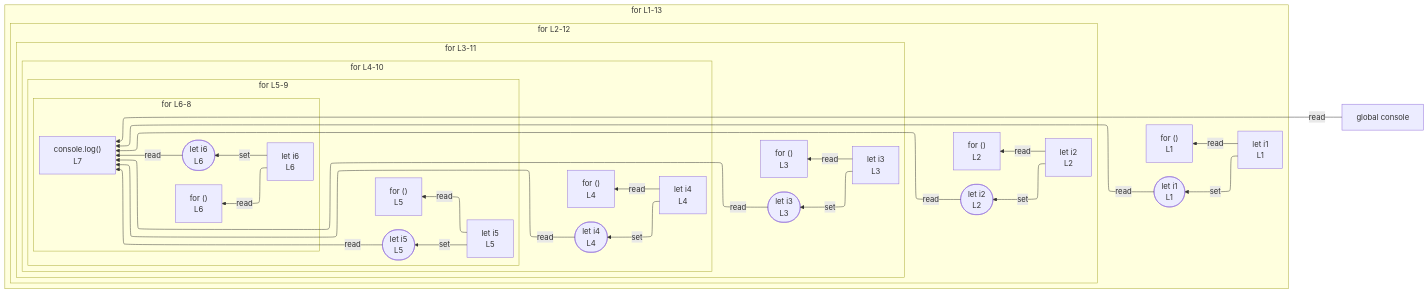
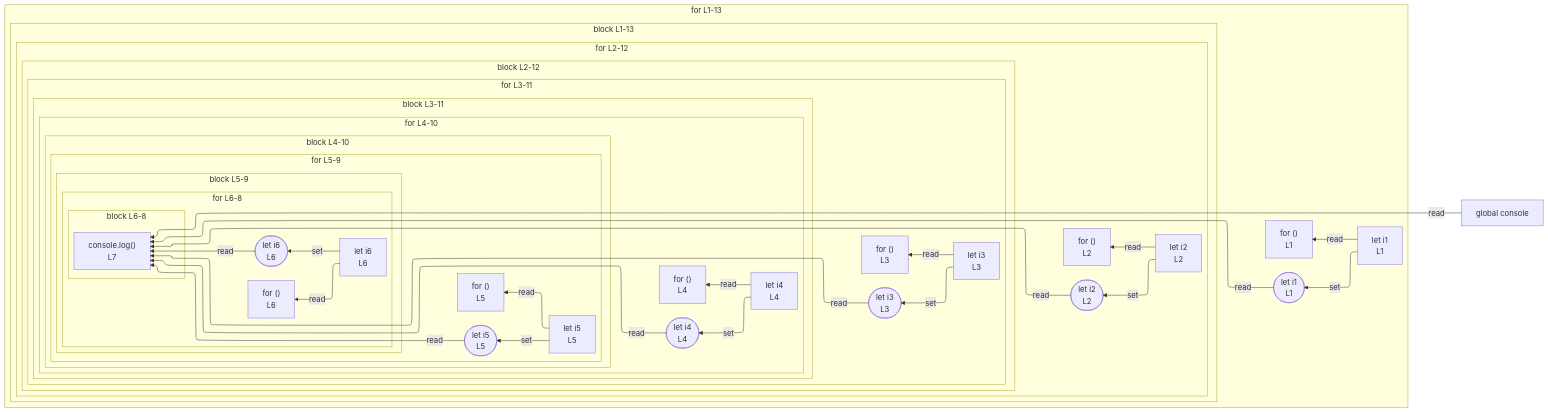
Before and after one commit to crescware/unsnarl: the diagram in integration/fixtures/app-behavior/depth/for/depth-10/preview.md, drawn with Mermaid. The commit also changed 106 other files, not shown here.

````diff
--- a/integration/fixtures/app-behavior/depth/for/depth-10/preview.md
+++ b/integration/fixtures/app-behavior/depth/for/depth-10/preview.md
@@ -23,61 +23,79 @@
 ```mermaid
 %%{init: {"flowchart": {"defaultRenderer": "elk"}}}%%
 flowchart RL
   n_scope_0_console_240["global console"]
   subgraph s_scope_1["for L1-13"]
     direction RL
     for_test_scope_0_0["for ()<br/>L1"]
     n_scope_1_i1_9["let i1<br/>L1"]
     wr_ref_2(["let i1<br/>L1"])
-    subgraph s_scope_3["for L2-12"]
+    subgraph s_scope_2["block L1-13"]
       direction RL
-      for_test_scope_2_35["for ()<br/>L2"]
-      n_scope_3_i2_44["let i2<br/>L2"]
-      wr_ref_5(["let i2<br/>L2"])
-      subgraph s_scope_5["for L3-11"]
+      subgraph s_scope_3["for L2-12"]
         direction RL
-        for_test_scope_4_72["for ()<br/>L3"]
-        n_scope_5_i3_81["let i3<br/>L3"]
-        wr_ref_8(["let i3<br/>L3"])
-        subgraph s_scope_7["for L4-10"]
+        for_test_scope_2_35["for ()<br/>L2"]
+        n_scope_3_i2_44["let i2<br/>L2"]
+        wr_ref_5(["let i2<br/>L2"])
+        subgraph s_scope_4["block L2-12"]
           direction RL
-          for_test_scope_6_111["for ()<br/>L4"]
-          n_scope_7_i4_120["let i4<br/>L4"]
-          wr_ref_11(["let i4<br/>L4"])
-          subgraph s_scope_9["for L5-9"]
+          subgraph s_scope_5["for L3-11"]
             direction RL
-            for_test_scope_8_152["for ()<br/>L5"]
-            n_scope_9_i5_161["let i5<br/>L5"]
-            wr_ref_14(["let i5<br/>L5"])
-            subgraph s_scope_11["for L6-8"]
+            for_test_scope_4_72["for ()<br/>L3"]
+            n_scope_5_i3_81["let i3<br/>L3"]
+            wr_ref_8(["let i3<br/>L3"])
+            subgraph s_scope_6["block L3-11"]
               direction RL
-              for_test_scope_10_195["for ()<br/>L6"]
-              n_scope_11_i6_204["let i6<br/>L6"]
-              wr_ref_17(["let i6<br/>L6"])
-              expr_stmt_240["console.log()<br/>L7"]
+              subgraph s_scope_7["for L4-10"]
+                direction RL
+                for_test_scope_6_111["for ()<br/>L4"]
+                n_scope_7_i4_120["let i4<br/>L4"]
+                wr_ref_11(["let i4<br/>L4"])
+                subgraph s_scope_8["block L4-10"]
+                  direction RL
+                  subgraph s_scope_9["for L5-9"]
+                    direction RL
+                    for_test_scope_8_152["for ()<br/>L5"]
+                    n_scope_9_i5_161["let i5<br/>L5"]
+                    wr_ref_14(["let i5<br/>L5"])
+                    subgraph s_scope_10["block L5-9"]
+                      direction RL
+                      subgraph s_scope_11["for L6-8"]
+                        direction RL
+                        for_test_scope_10_195["for ()<br/>L6"]
+                        n_scope_11_i6_204["let i6<br/>L6"]
+                        wr_ref_17(["let i6<br/>L6"])
+                        subgraph s_scope_12["block L6-8"]
+                          direction RL
+                          expr_stmt_240["console.log()<br/>L7"]
+                        end
+                      end
+                    end
+                  end
+                end
+              end
             end
           end
         end
       end
     end
   end
   n_scope_1_i1_9 -->|set| wr_ref_2
   n_scope_3_i2_44 -->|set| wr_ref_5
   n_scope_5_i3_81 -->|set| wr_ref_8
   n_scope_7_i4_120 -->|set| wr_ref_11
   n_scope_9_i5_161 -->|set| wr_ref_14
   n_scope_11_i6_204 -->|set| wr_ref_17
   n_scope_1_i1_9 -->|read| for_test_scope_0_0
   n_scope_3_i2_44 -->|read| for_test_scope_2_35
   n_scope_5_i3_81 -->|read| for_test_scope_4_72
   n_scope_7_i4_120 -->|read| for_test_scope_6_111
   n_scope_9_i5_161 -->|read| for_test_scope_8_152
   n_scope_11_i6_204 -->|read| for_test_scope_10_195
   n_scope_0_console_240 -->|read| expr_stmt_240
   wr_ref_2 -->|read| expr_stmt_240
   wr_ref_5 -->|read| expr_stmt_240
   wr_ref_8 -->|read| expr_stmt_240
   wr_ref_11 -->|read| expr_stmt_240
   wr_ref_14 -->|read| expr_stmt_240
   wr_ref_17 -->|read| expr_stmt_240
 ```
````
